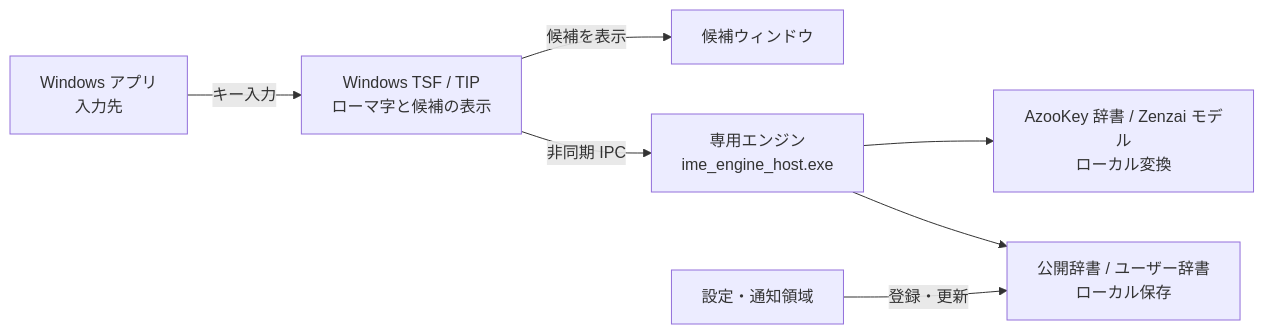
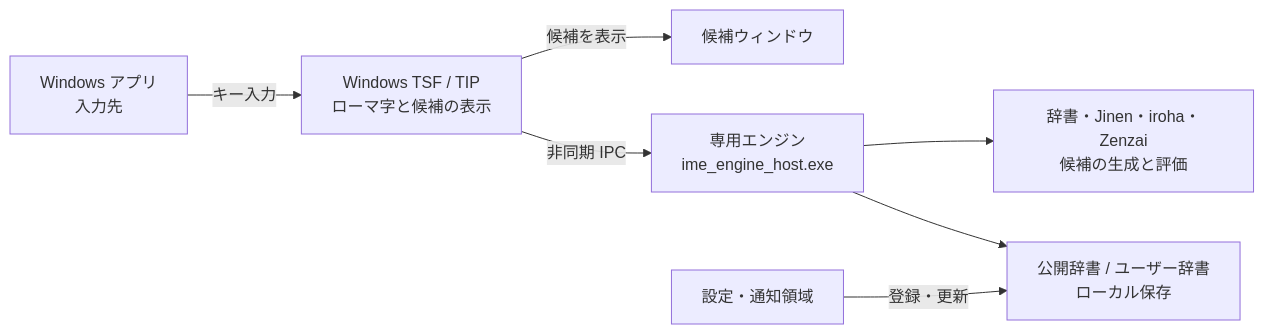
One commit to urotsuki-san/Yomitsugu changed the diagram in README.md. Above: the diagram before and after it, drawn with Mermaid. The commit also changed other lines of this file and 164 other files, not shown here.

````diff
--- a/README.md
+++ b/README.md
@@ -55,9 +61,9 @@
 ```mermaid
 flowchart LR
     A["Windows アプリ<br/>入力先"] -->|キー入力| B["Windows TSF / TIP<br/>ローマ字と候補の表示"]
     B -->|候補を表示| C["候補ウィンドウ"]
     B -->|非同期 IPC| D["専用エンジン<br/>ime_engine_host.exe"]
-    D --> E["AzooKey 辞書 / Zenzai モデル<br/>ローカル変換"]
+    D --> E["辞書・Jinen・iroha・Zenzai<br/>候補の生成と評価"]
     D --> F["公開辞書 / ユーザー辞書<br/>ローカル保存"]
     G["設定・通知領域"] -->|登録・更新| F
 ```
````
